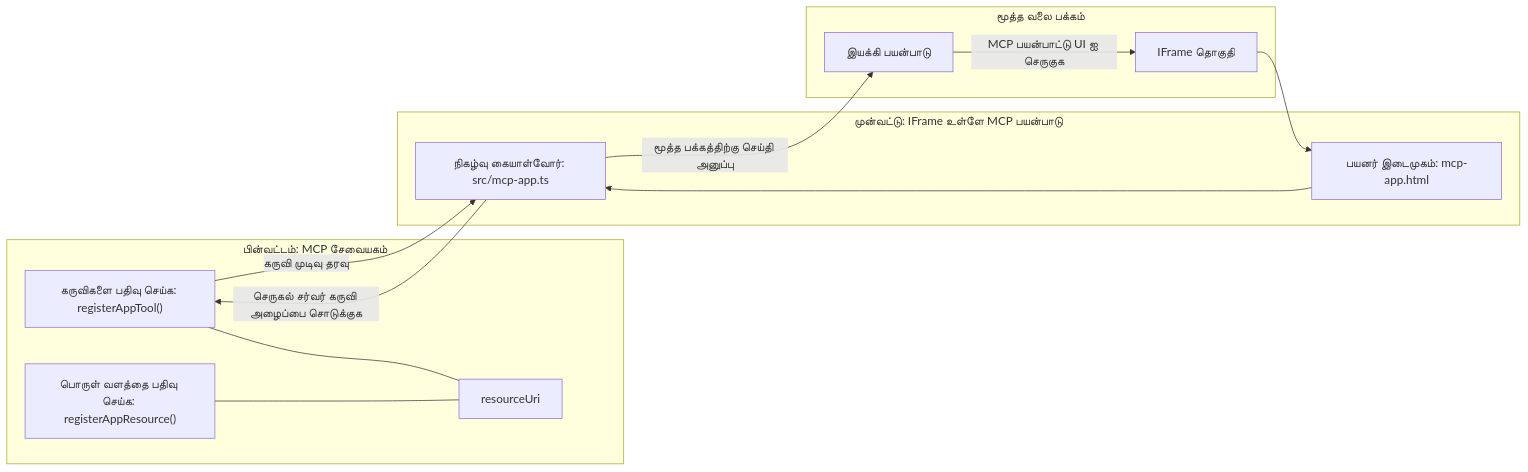
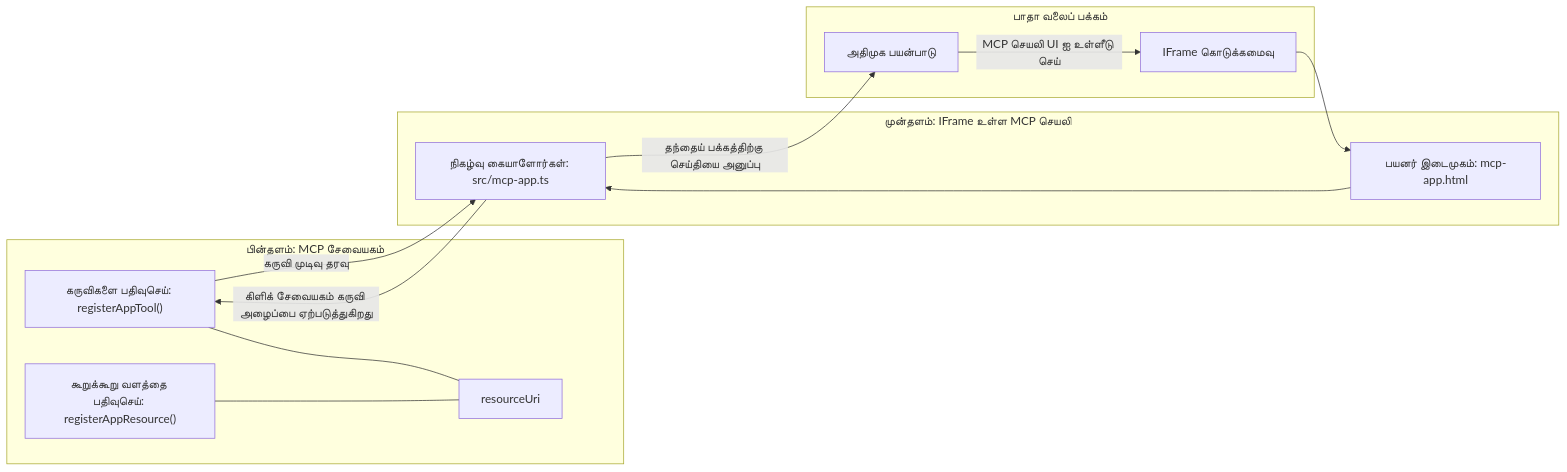
The diagram in mcp_ecosystem__model_context_protocol/mcp_learning_resources/mcp-for-beginners/translations/ta/03-GettingStarted/15-mcp-apps/README.md (HIDORAKAI002/ai-workspace-archive), drawn with Mermaid before and after one commit. The commit also changed other lines of this file and 1160 other files, not shown here.

````diff
--- a/mcp_ecosystem__model_context_protocol/mcp_learning_resources/mcp-for-beginners/translations/ta/03-GettingStarted/15-mcp-apps/README.md
+++ b/mcp_ecosystem__model_context_protocol/mcp_learning_resources/mcp-for-beginners/translations/ta/03-GettingStarted/15-mcp-apps/README.md
@@ -32,27 +32,27 @@
 ```mermaid
 flowchart LR
-  subgraph Backend[பின்வட்டம்: MCP சேவையகம்]
-    T["கருவிகளை பதிவு செய்க: registerAppTool()"]
-    C["பொருள் வளத்தை பதிவு செய்க: registerAppResource()"]
+  subgraph Backend[பின்தளம்: MCP சேவையகம்]
+    T["கருவிகளை பதிவுசெய்: registerAppTool()"]
+    C["கூறுக்கூறு வளத்தை பதிவுசெய்: registerAppResource()"]
     U[resourceUri]
     T --- U
     C --- U
   end
 
-  subgraph Parent[மூத்த வலை பக்கம்]
-    H[இயக்கி பயன்பாடு]
-    IFRAME[IFrame தொகுதி]
-    H -->|MCP பயன்பாட்டு UI ஐ செருகுக| IFRAME
+  subgraph Parent[பாதா வலைப் பக்கம்]
+    H[அதிமுக பயன்பாடு]
+    IFRAME[IFrame கொடுக்கமைவு]
+    H -->|MCP செயலி UI ஐ உள்ளீடு செய்| IFRAME
   end
 
-  subgraph Frontend[முன்வட்டு: IFrame உள்ளே MCP பயன்பாடு]
+  subgraph Frontend[முன்தளம்: IFrame உள்ள MCP செயலி]
     UI["பயனர் இடைமுகம்: mcp-app.html"]
-    EH["நிகழ்வு கையாள்வோர்: src/mcp-app.ts"]
+    EH["நிகழ்வு கையாளோர்கள்: src/mcp-app.ts"]
     UI --> EH
   end
 
   IFRAME --> UI
-  EH -->|செருகல் சர்வர் கருவி அழைப்பை சொடுக்குக| T
+  EH -->|கிளிக் சேவையகம் கருவி அழைப்பை ஏற்படுத்துகிறது| T
   T -->|கருவி முடிவு தரவு| EH
-  EH -->|மூத்த பக்கத்திற்கு செய்தி அனுப்பு| H
+  EH -->|தந்தைய் பக்கத்திற்கு செய்தியை அனுப்பு| H
 ```
````
